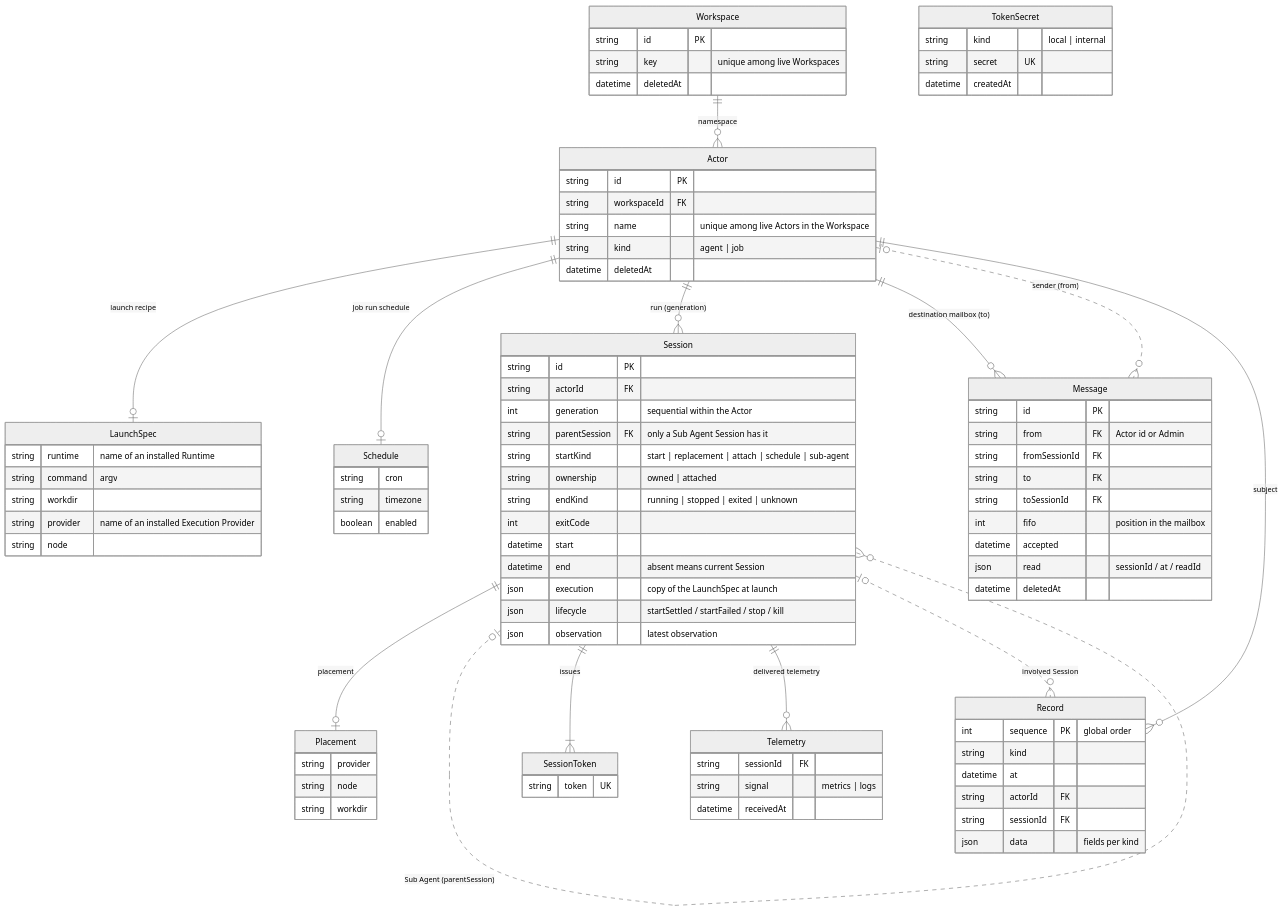
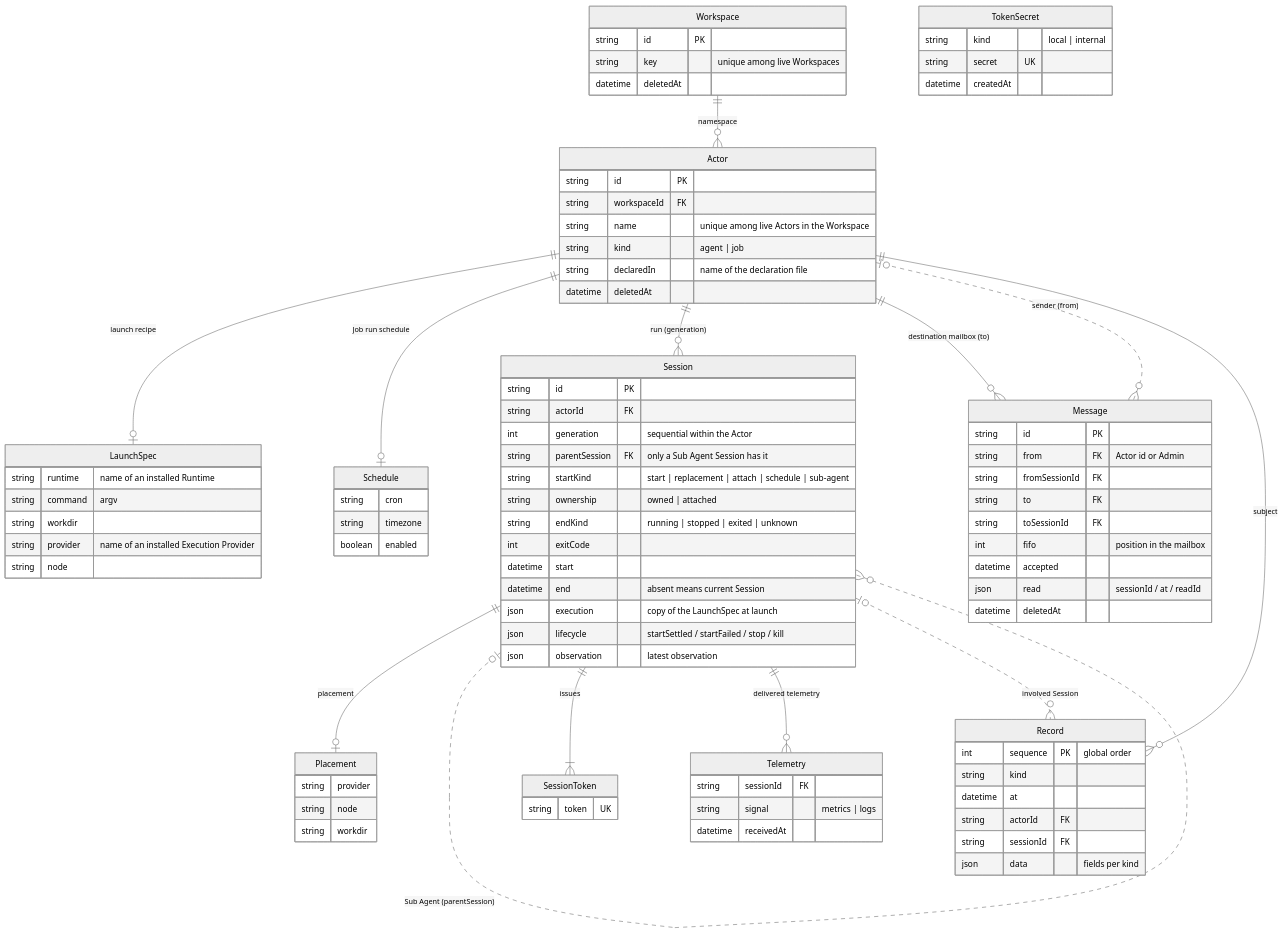
Before and after one commit to crestai-labs/feld: the diagram in docs/spec/concepts/er-diagram.md, drawn with Mermaid (neutral theme). The commit also changed 51 other files, not shown here.

```diff
--- a/docs/spec/concepts/er-diagram.md
+++ b/docs/spec/concepts/er-diagram.md
@@ -27,6 +27,7 @@
     string workspaceId FK
     string name "unique among live Actors in the Workspace"
     string kind "agent | job"
+    string declaredIn "name of the declaration file"
     datetime deletedAt
   }
   LaunchSpec {
```
